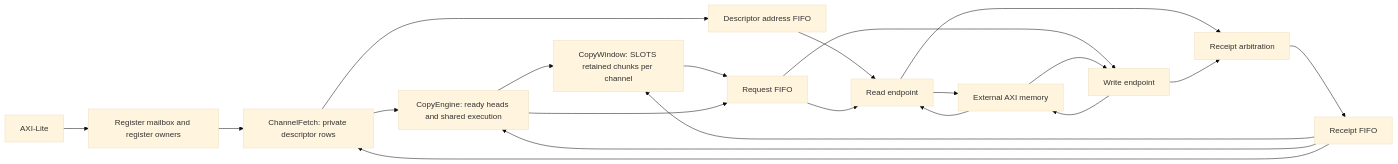
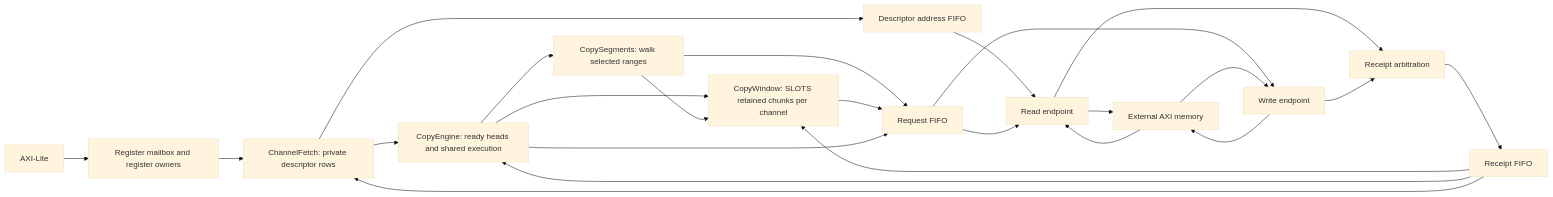
Before and after one commit to shady831213/pdma: the diagram in docs/rtl/minimal-copy.md, drawn with Mermaid (base theme). The commit also changed other lines of this file and 28 other files, not shown here.

````diff
--- a/docs/rtl/minimal-copy.md
+++ b/docs/rtl/minimal-copy.md
@@ -17,23 +17,26 @@
 ```mermaid
 flowchart LR
   SW[AXI-Lite] --> CSR[Register mailbox and register owners]
   CSR --> FETCH[ChannelFetch: private descriptor rows]
   FETCH --> CMD[CopyEngine: ready heads and shared execution]
   FETCH --> FQ[Descriptor address FIFO]
   FQ --> RD
   CMD --> WIN[CopyWindow: SLOTS retained chunks per channel]
+  CMD --> SG[CopySegments: walk selected ranges]
+  SG --> WIN
+  SG --> REQ
   WIN --> REQ[Request FIFO]
   CMD --> REQ
   REQ --> RD[Read endpoint]
   REQ --> WR[Write endpoint]
   RD --> MEM[External AXI memory]
   WR --> MEM
   MEM --> RD
   MEM --> WR
   RD --> MERGE[Receipt arbitration]
   WR --> MERGE
   MERGE --> RESP[Receipt FIFO]
   RESP --> WIN
   RESP --> CMD
   RESP --> FETCH
 ```
````
